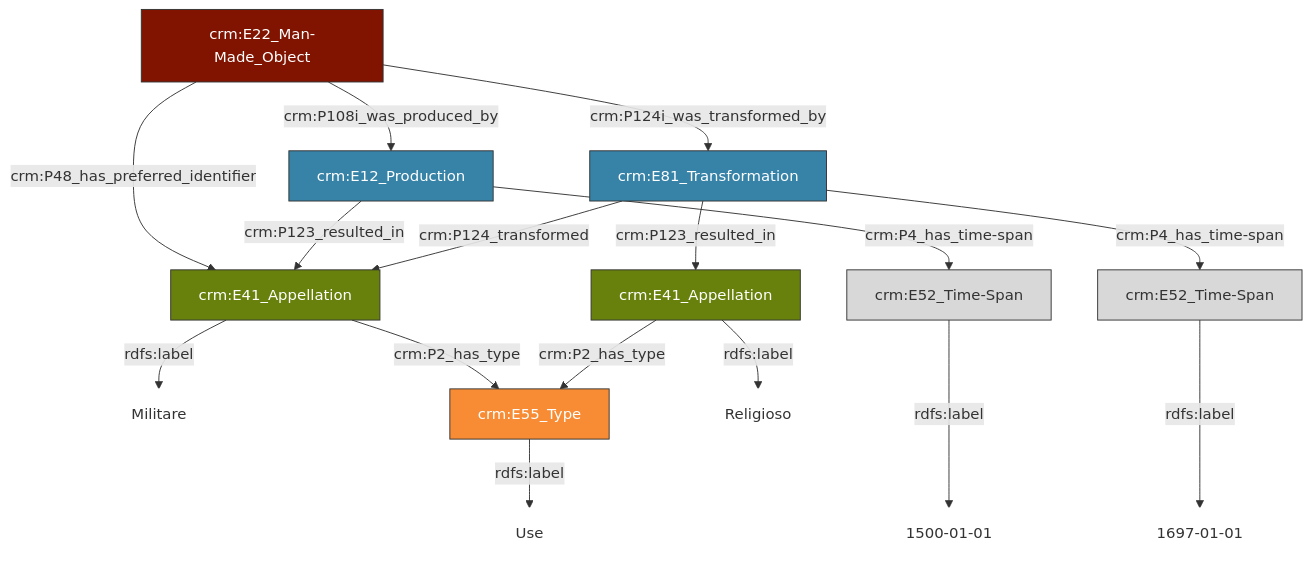
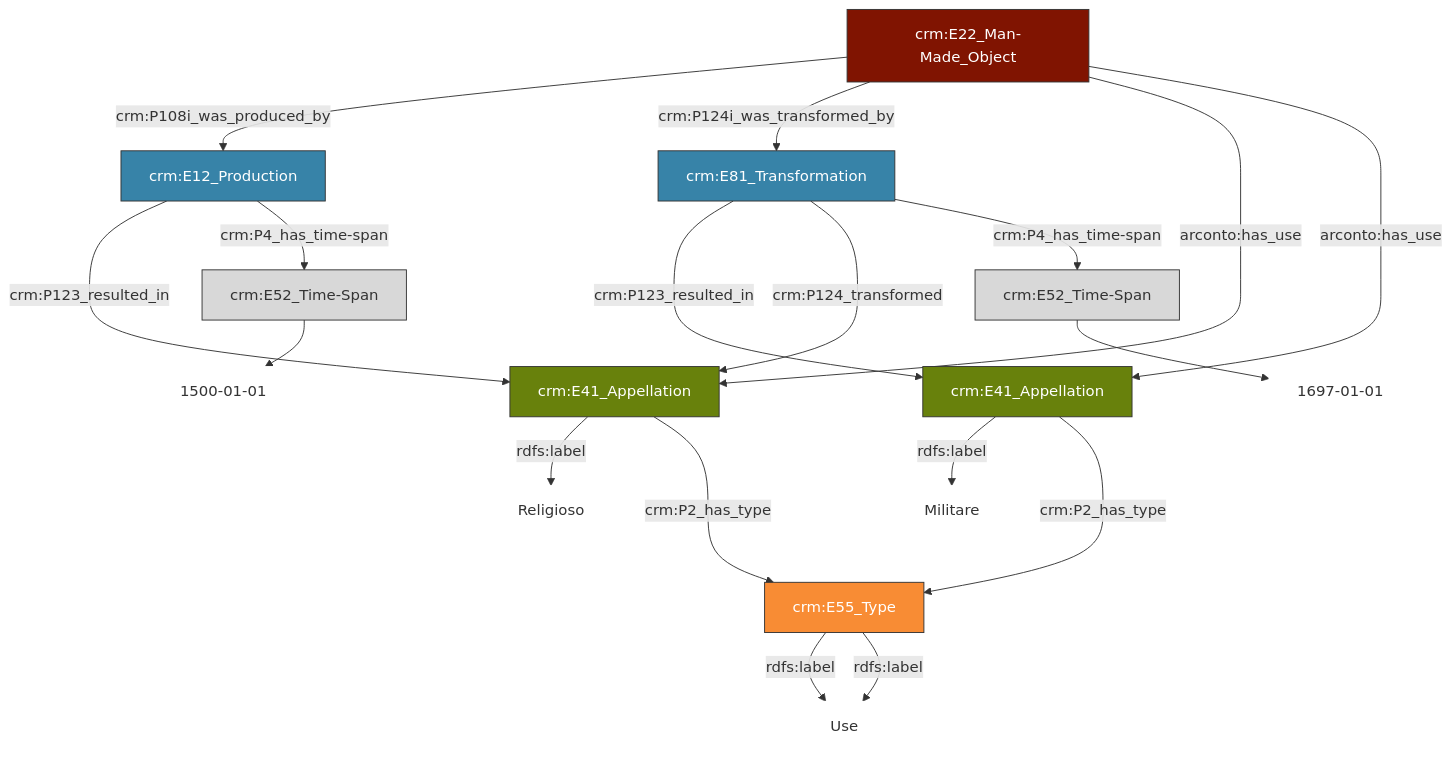
The diagram in documentation/Builtworks/Uses.md (villaitatti/archipelago_xml_data), drawn with Mermaid before and after one commit. The commit also changed 1 other file, not shown here.

Commit message:
update use mmdc markdown

````diff
--- a/documentation/Builtworks/Uses.md
+++ b/documentation/Builtworks/Uses.md
@@ -1,38 +1,58 @@
 ```mermaid
 graph TD;
-  bw[crm:E22_Man-Made_Object]--crm:P48_has_preferred_identifier --> appellation1[crm:E41_Appellation]
+  bw[crm:E22_Man-Made_Object]
+  construction[crm:E12_Production] 
+  transformation[crm:E81_Transformation]
+  appellation1[crm:E41_Appellation]
+  appellation2[crm:E41_Appellation]
+  construction_date[crm:E52_Time-Span]
+  transformation_date[crm:E52_Time-Span]
+  type[crm:E55_Type]
+  appellation1_lbl[Religioso]
+  appellation2_lbl[Militare]
+  type_lbl[Use]
+  transformation_date_eob[1697-01-01]
+  construction_date_eob[1500-01-01]
 
-  bw --crm:P108i_was_produced_by--> construction[crm:E12_Production] -- crm:P123_resulted_in --> appellation1
+  bw--crm:P108i_was_produced_by-->construction
+  bw--crm:P124i_was_transformed_by-->transformation
 
-  construction --crm:P4_has_time-span--> construction_date[crm:E52_Time-Span] --rdfs:label---> lbl6[1500-01-01]
+    bw--arconto:has_use-->appellation1
+  bw--arconto:has_use-->appellation2
 
-  appellation1--rdfs:label-->lbl1[Militare]
-  appellation1--crm:P2_has_type-->type1[crm:E55_Type]--rdfs:label-->lbl2[Use]
+  construction--crm:P123_resulted_in--->appellation1
+  transformation--crm:P123_resulted_in--->appellation2
+  transformation--crm:P124_transformed-->appellation1
 
-  bw -- crm:P124i_was_transformed_by --> transformation1[crm:E81_Transformation] -- crm:P124_transformed --> appellation1
+  appellation1--rdfs:label-->appellation1_lbl
+  appellation2--rdfs:label-->appellation2_lbl
 
-  transformation1 -- crm:P123_resulted_in --> appellation2[crm:E41_Appellation] --rdfs:label --> lbl3[Religioso]
-
-  transformation1--crm:P4_has_time-span--> transformation1_date[crm:E52_Time-Span] --rdfs:label---> lbl5[1697-01-01]
+  appellation1--crm:P2_has_type--->type--rdfs:label-->type_lbl
+  appellation2--crm:P2_has_type--->type--rdfs:label-->type_lbl
 
 
-  appellation2 -- crm:P2_has_type --> type1[crm:E55_Type]
+  transformation--crm:P4_has_time-span-->transformation_date
+  construction--crm:P4_has_time-span-->construction_date
 
-  style lbl1 fill:#fff,stroke:#fff
-  style lbl2 fill:#fff,stroke:#fff
-  style lbl3 fill:#fff,stroke:#fff
-  style lbl6 fill:#fff,stroke:#fff
-  style lbl5 fill:#fff,stroke:#fff
+  transformation_date-->transformation_date_eob
+  construction_date-->construction_date_eob
 
-  style type1 fill:#F88C34,color:#fff,stroke:#333
 
-  style transformation1 fill:#3783A8,stroke:#333,color:#fff
+  style appellation1_lbl fill:#fff,stroke:#fff
+  style appellation2_lbl fill:#fff,stroke:#fff
+  style type_lbl fill:#fff,stroke:#fff
+  style transformation_date_eob fill:#fff,stroke:#fff
+  style construction_date_eob fill:#fff,stroke:#fff
+
+  style type fill:#F88C34,color:#fff,stroke:#333
+
+  style transformation fill:#3783A8,stroke:#333,color:#fff
   style construction fill:#3783A8,stroke:#333,color:#fff
 
   style bw fill:#801401,stroke:#333,color:#fff
   style appellation1 fill:#68810C,stroke:#333,color:#fff
   style appellation2 fill:#68810C,stroke:#333,color:#fff
 
   style construction_date fill:#D8D8D8,stroke:#333
-  style transformation1_date fill:#D8D8D8,stroke:#333
+  style transformation_date fill:#D8D8D8,stroke:#333
 ```
````
